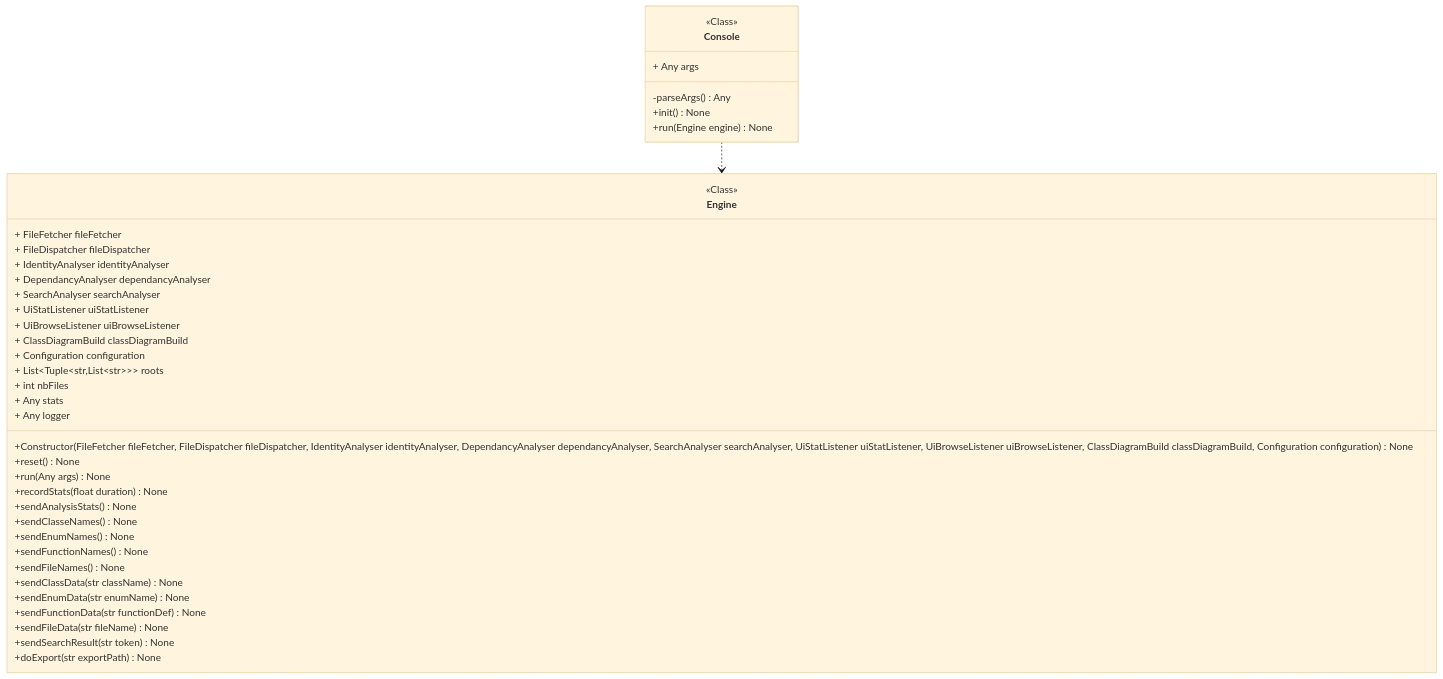
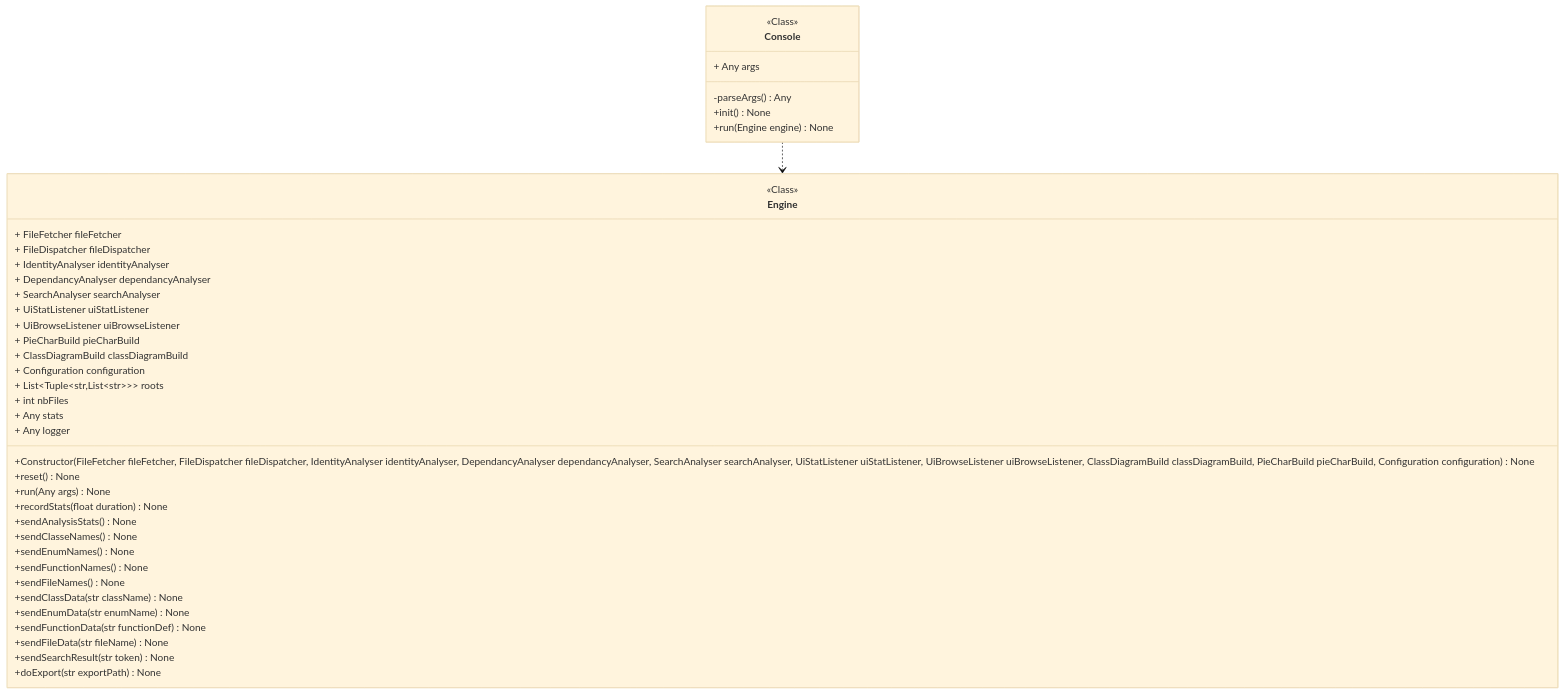
One commit to miong/pycodeanalyzer changed the diagram in docs/source/code/diagrams/pycodeanalyzer_core_console_console_Console.mmd. Above: the diagram before and after it, drawn with Mermaid (base theme). The commit also changed 18 other files, not shown here.

Commit message:
Add language pie chart

```diff
--- a/docs/source/code/diagrams/pycodeanalyzer_core_console_console_Console.mmd
+++ b/docs/source/code/diagrams/pycodeanalyzer_core_console_console_Console.mmd
@@ -1,41 +1,42 @@
 classDiagram
 class Console {
 <<Class>>
 + Any args
 -parseArgs() Any
 +init() None
 +run(Engine engine) None
 }
 class Engine {
 <<Class>>
 + FileFetcher fileFetcher
 + FileDispatcher fileDispatcher
 + IdentityAnalyser identityAnalyser
 + DependancyAnalyser dependancyAnalyser
 + SearchAnalyser searchAnalyser
 + UiStatListener uiStatListener
 + UiBrowseListener uiBrowseListener
++ PieCharBuild pieCharBuild
 + ClassDiagramBuild classDiagramBuild
 + Configuration configuration
 + List&lt;Tuple&lt;str,List&lt;str&gt;&gt;&gt; roots
 + int nbFiles
 + Any stats
 + Any logger
-+Constructor(FileFetcher fileFetcher, FileDispatcher fileDispatcher, IdentityAnalyser identityAnalyser, DependancyAnalyser dependancyAnalyser, SearchAnalyser searchAnalyser, UiStatListener uiStatListener, UiBrowseListener uiBrowseListener, ClassDiagramBuild classDiagramBuild, Configuration configuration) None
++Constructor(FileFetcher fileFetcher, FileDispatcher fileDispatcher, IdentityAnalyser identityAnalyser, DependancyAnalyser dependancyAnalyser, SearchAnalyser searchAnalyser, UiStatListener uiStatListener, UiBrowseListener uiBrowseListener, ClassDiagramBuild classDiagramBuild, PieCharBuild pieCharBuild, Configuration configuration) None
 +reset() None
 +run(Any args) None
 +recordStats(float duration) None
 +sendAnalysisStats() None
 +sendClasseNames() None
 +sendEnumNames() None
 +sendFunctionNames() None
 +sendFileNames() None
 +sendClassData(str className) None
 +sendEnumData(str enumName) None
 +sendFunctionData(str functionDef) None
 +sendFileData(str fileName) None
 +sendSearchResult(str token) None
 +doExport(str exportPath) None
 }
 link Engine "class££pycodeanalyzer::core::engine::engine::Engine"
 Console ..> Engine
```
